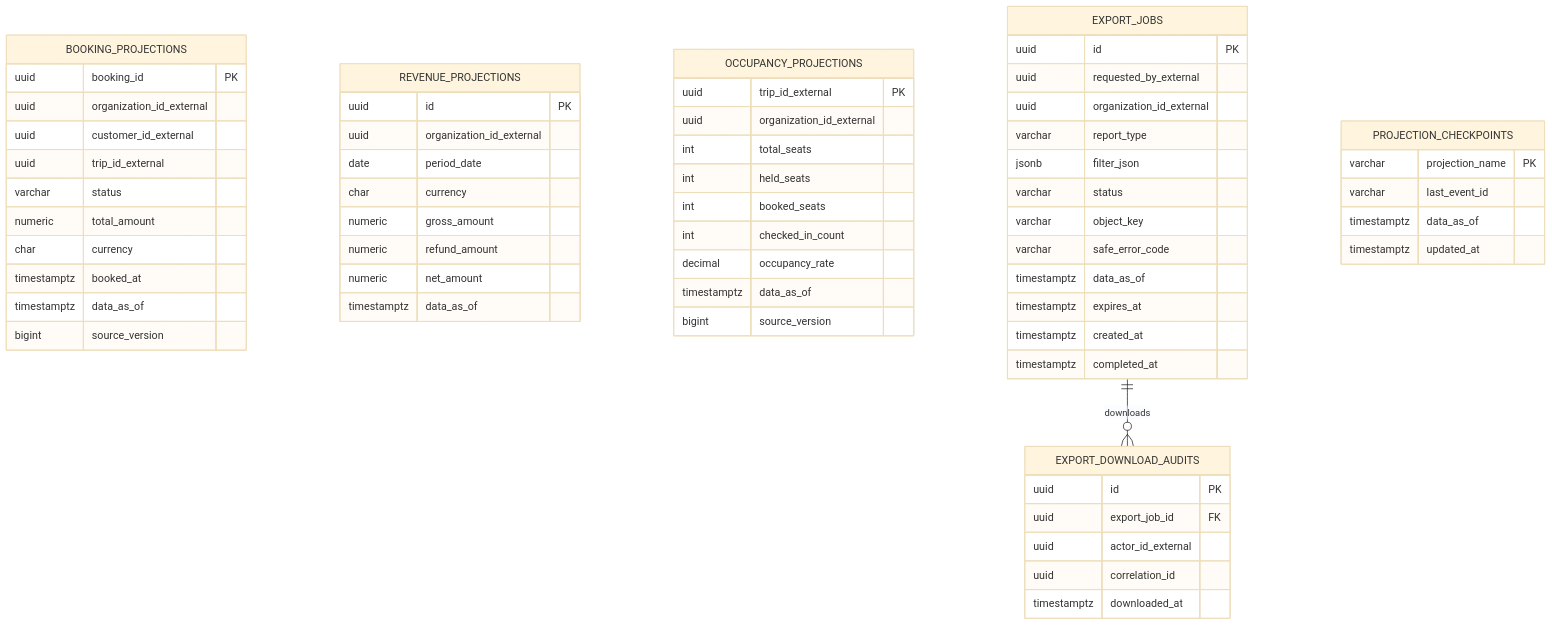
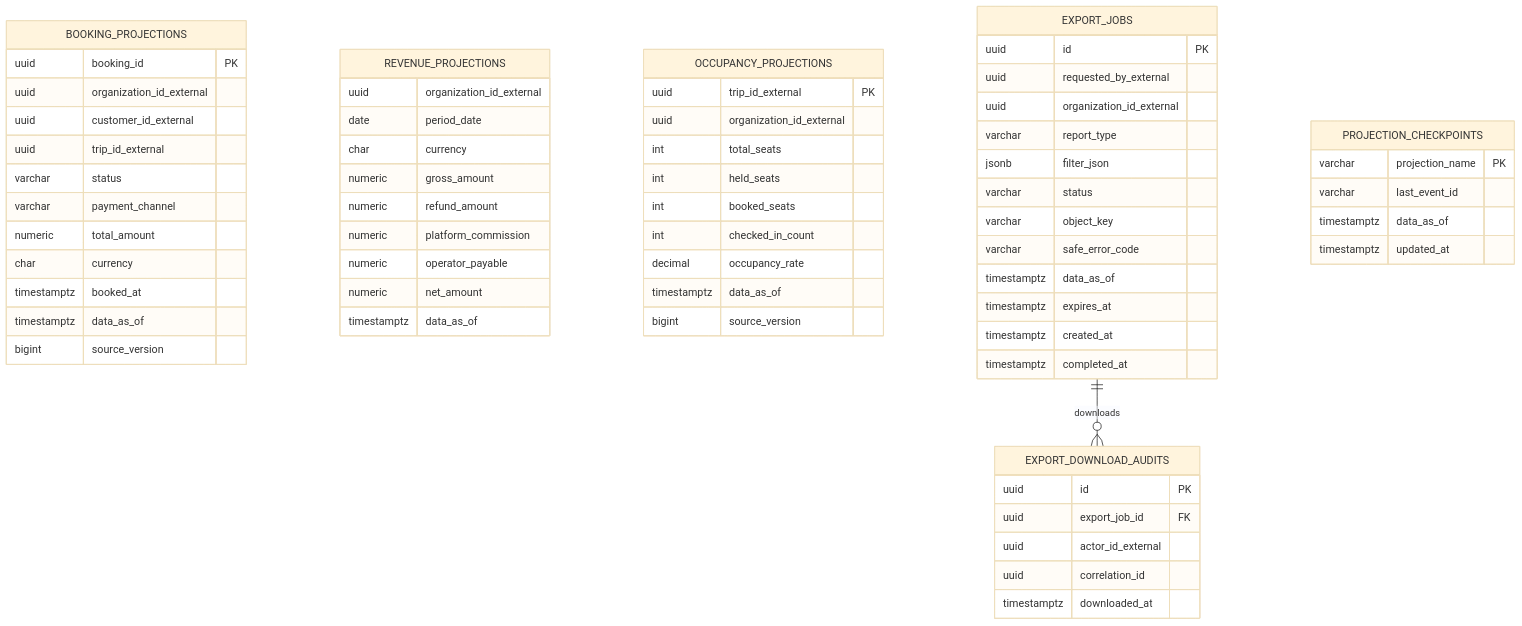
Before and after one commit to TrisMinh/PBL6: the diagram in docs/system-design/02-07-database-erd/06-reporting-db.md, drawn with Mermaid (base theme). The commit also changed other lines of this file and 68 other files, not shown here.

First line of the commit message:
docs: add SRS 2.0.1 pay-later and platform commission

````diff
--- a/docs/system-design/02-07-database-erd/06-reporting-db.md
+++ b/docs/system-design/02-07-database-erd/06-reporting-db.md
@@ -7,65 +7,67 @@
 ```mermaid
 erDiagram
     BOOKING_PROJECTIONS {
         uuid booking_id PK
         uuid organization_id_external
         uuid customer_id_external
         uuid trip_id_external
         varchar status
+        varchar payment_channel
         numeric total_amount
         char currency
         timestamptz booked_at
         timestamptz data_as_of
         bigint source_version
     }
     REVENUE_PROJECTIONS {
-        uuid id PK
         uuid organization_id_external
         date period_date
         char currency
         numeric gross_amount
         numeric refund_amount
+        numeric platform_commission
+        numeric operator_payable
         numeric net_amount
         timestamptz data_as_of
     }
     OCCUPANCY_PROJECTIONS {
         uuid trip_id_external PK
         uuid organization_id_external
         int total_seats
         int held_seats
         int booked_seats
         int checked_in_count
         decimal occupancy_rate
         timestamptz data_as_of
         bigint source_version
     }
     EXPORT_JOBS {
         uuid id PK
         uuid requested_by_external
         uuid organization_id_external
         varchar report_type
         jsonb filter_json
         varchar status
         varchar object_key
         varchar safe_error_code
         timestamptz data_as_of
         timestamptz expires_at
         timestamptz created_at
         timestamptz completed_at
     }
     EXPORT_DOWNLOAD_AUDITS {
         uuid id PK
         uuid export_job_id FK
         uuid actor_id_external
         uuid correlation_id
         timestamptz downloaded_at
     }
     PROJECTION_CHECKPOINTS {
         varchar projection_name PK
         varchar last_event_id
         timestamptz data_as_of
         timestamptz updated_at
     }
 
     EXPORT_JOBS ||--o{ EXPORT_DOWNLOAD_AUDITS : downloads
 ```
````
